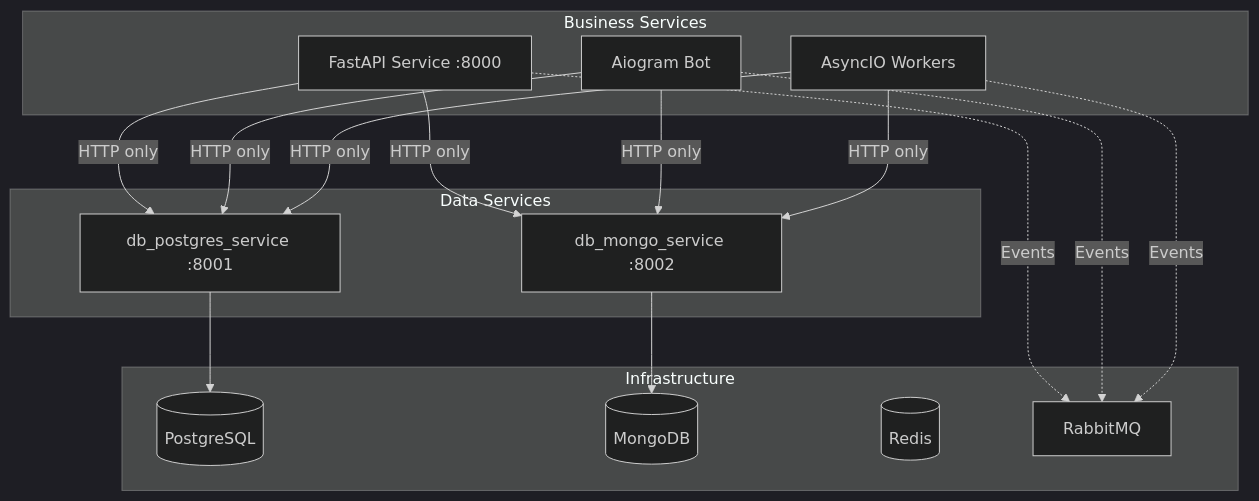
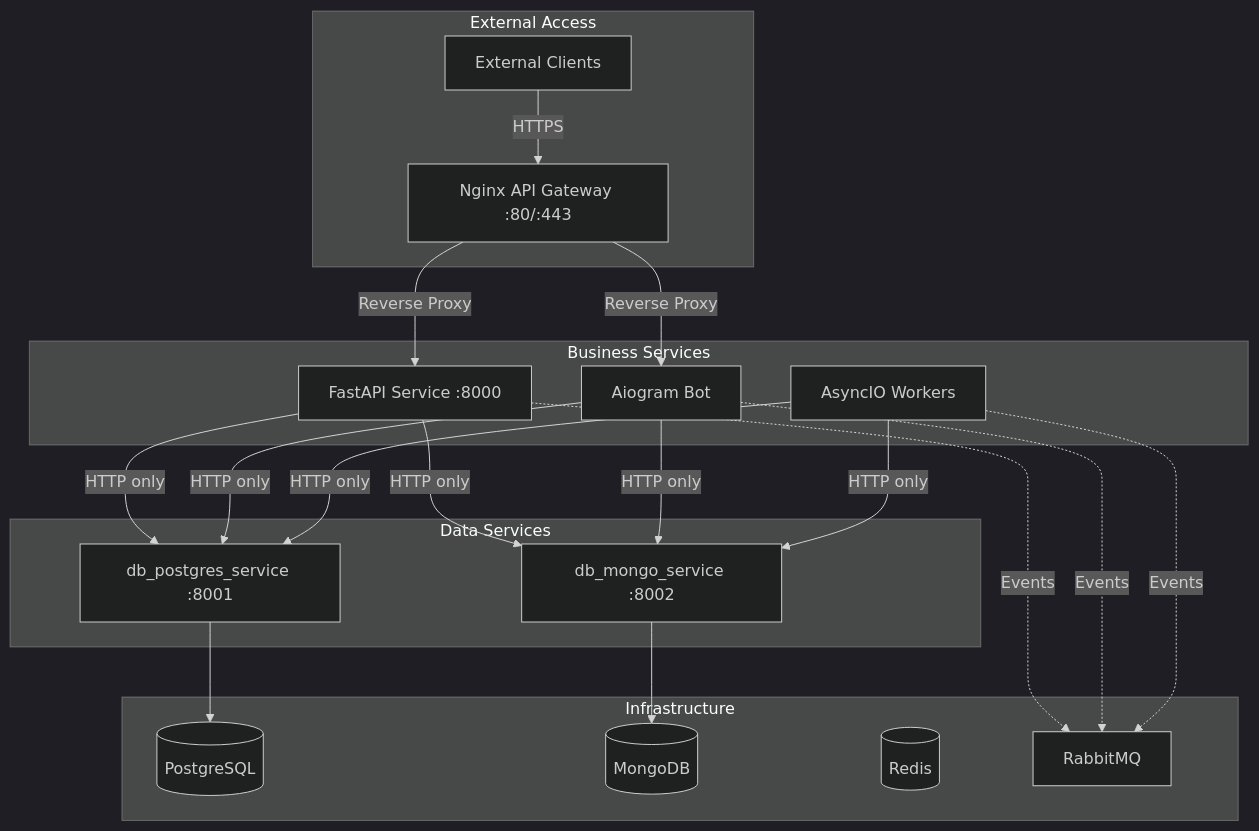
The diagram in docs/guides/ARCHITECTURE_GUIDE.md (bgs2509/doc4microservices), drawn with Mermaid (dark theme) before and after one commit. The commit also changed other lines of this file and 2 other files, not shown here.

First line of the commit message:
feat(nginx): integrate API Gateway into core architecture

````diff
--- a/docs/guides/ARCHITECTURE_GUIDE.md
+++ b/docs/guides/ARCHITECTURE_GUIDE.md
@@ -32,34 +32,43 @@
 ```mermaid
 graph TB
+    subgraph "External Access"
+        CLIENT[External Clients]
+        NGINX[Nginx API Gateway :80/:443]
+    end
+
     subgraph "Business Services"
         API[FastAPI Service :8000]
         BOT[Aiogram Bot]
         WORKER[AsyncIO Workers]
     end
 
     subgraph "Data Services"
         PG[db_postgres_service :8001]
         MONGO[db_mongo_service :8002]
     end
 
     subgraph "Infrastructure"
         POSTGRES[(PostgreSQL)]
         MONGODB[(MongoDB)]
         REDIS[(Redis)]
         RABBIT[RabbitMQ]
     end
 
+    CLIENT -->|HTTPS| NGINX
+    NGINX -->|Reverse Proxy| API
+    NGINX -->|Reverse Proxy| BOT
+
     API -->|HTTP only| PG
     API -->|HTTP only| MONGO
     BOT -->|HTTP only| PG
     BOT -->|HTTP only| MONGO
     WORKER -->|HTTP only| PG
     WORKER -->|HTTP only| MONGO
 
     PG --> POSTGRES
     MONGO --> MONGODB
 
     API -.->|Events| RABBIT
     BOT -.->|Events| RABBIT
     WORKER -.->|Events| RABBIT
 ```
````
